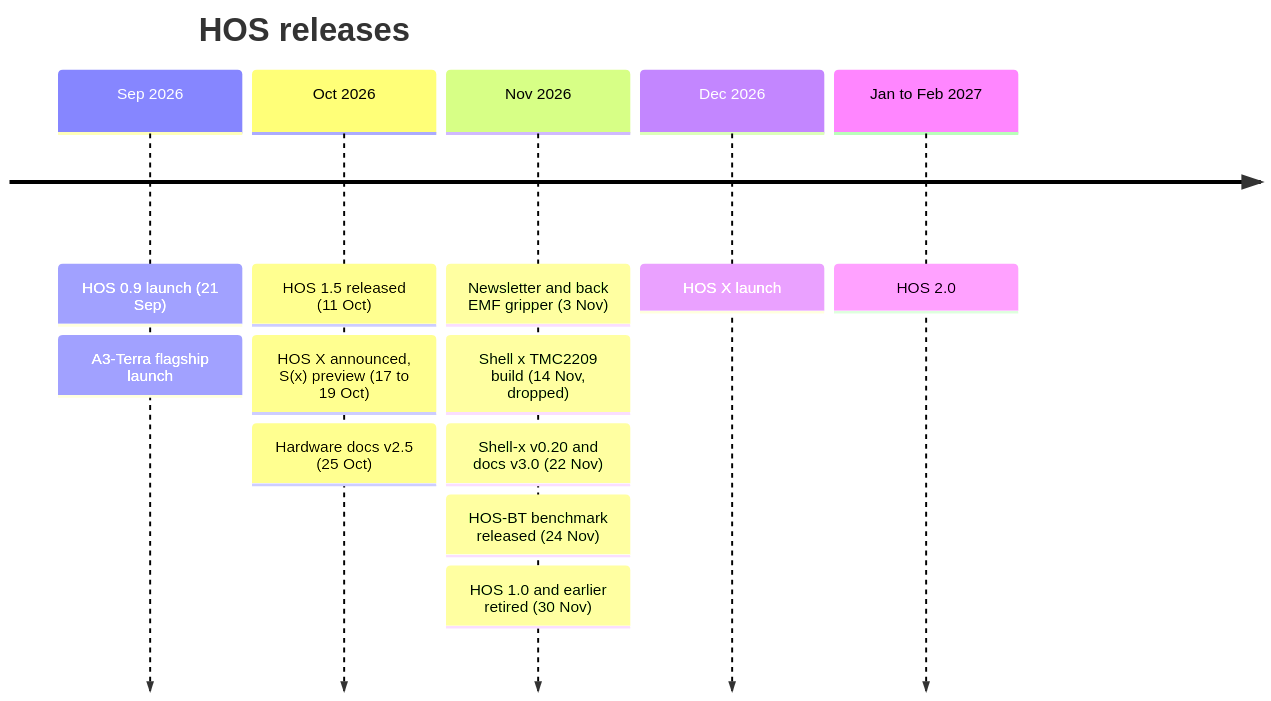
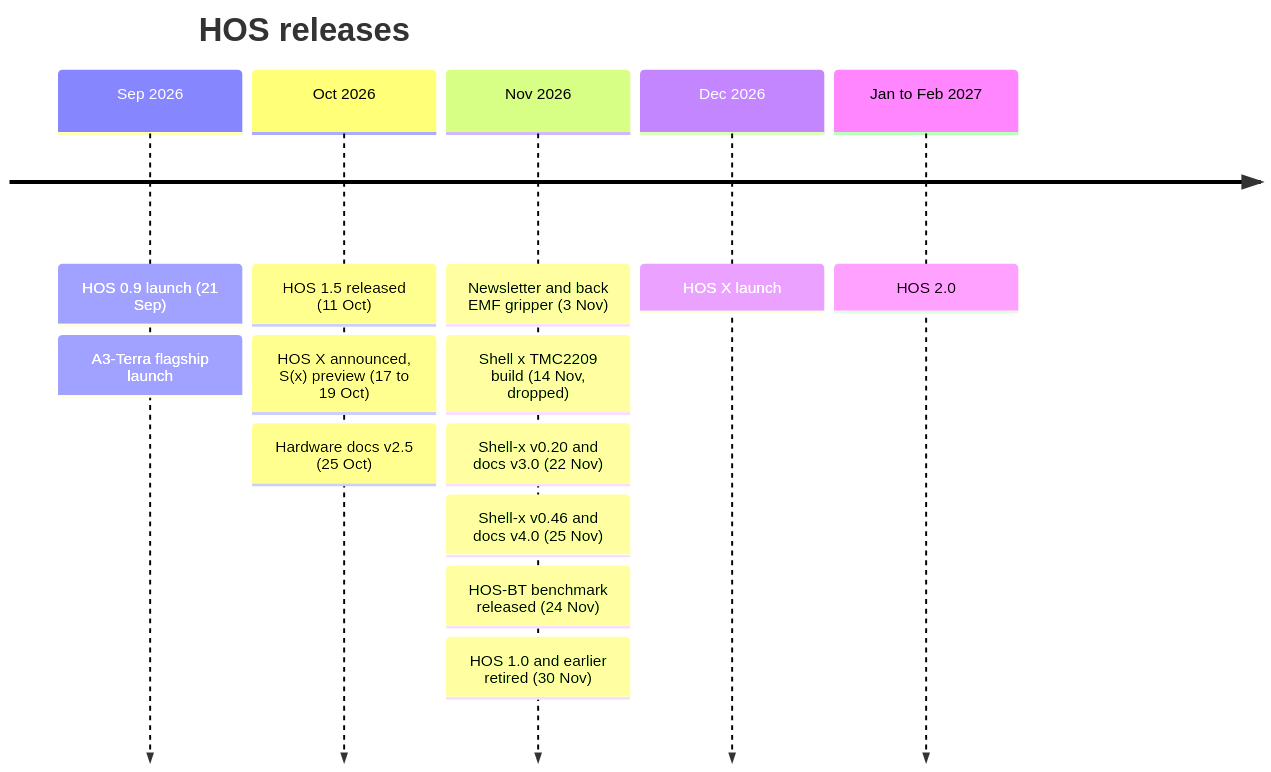
The first of 2 diagrams in README.md (Aarav-111/Humanoid-Operating-System), drawn with Mermaid before and after one commit. The commit also changed other lines of this file and 3 other files, not shown here.

````diff
--- a/README.md
+++ b/README.md
@@ -49,16 +49,17 @@
 ```mermaid
 timeline
     title HOS releases
     Sep 2026 : HOS 0.9 launch (21 Sep)
              : A3-Terra flagship launch
     Oct 2026 : HOS 1.5 released (11 Oct)
              : HOS X announced, S(x) preview (17 to 19 Oct)
              : Hardware docs v2.5 (25 Oct)
     Nov 2026 : Newsletter and back EMF gripper (3 Nov)
              : Shell x TMC2209 build (14 Nov, dropped)
              : Shell-x v0.20 and docs v3.0 (22 Nov)
+             : Shell-x v0.46 and docs v4.0 (25 Nov)
              : HOS-BT benchmark released (24 Nov)
              : HOS 1.0 and earlier retired (30 Nov)
     Dec 2026 : HOS X launch
     Jan to Feb 2027 : HOS 2.0
 ```
````
